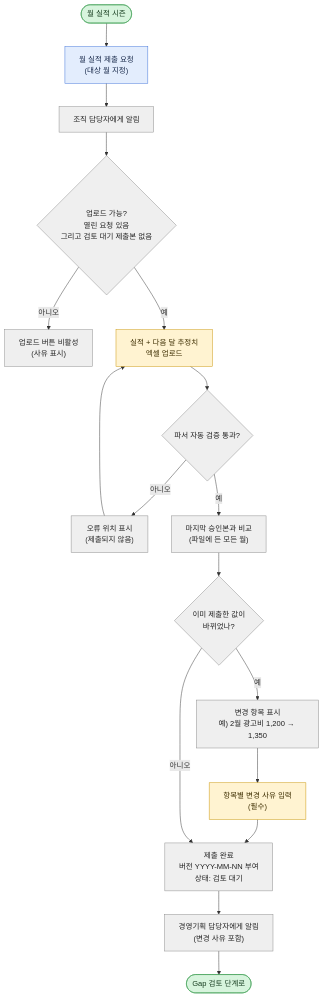
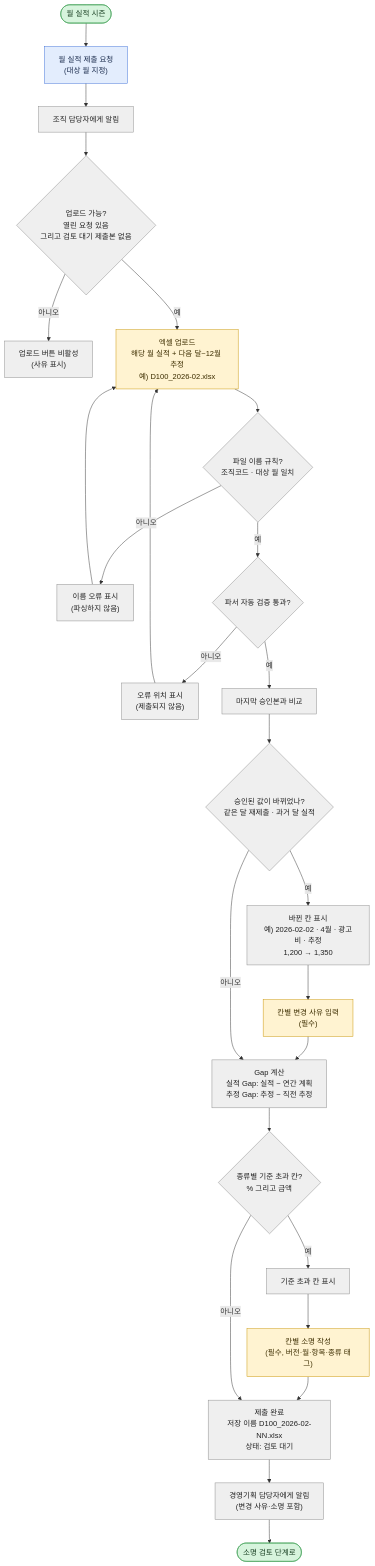
The third of 8 diagrams in docs/flow.md (shinharyeong/skala_final_project), drawn with Mermaid before and after one commit. The commit also changed other lines of this file and 1 other file, not shown here.

````diff
--- a/docs/flow.md
+++ b/docs/flow.md
@@ -66,36 +66,47 @@
 ```mermaid
 flowchart TD
     A(["월 실적 시즌"])
     B["월 실적 제출 요청<br/>(대상 월 지정)"]
     C["조직 담당자에게 알림"]
     D{"업로드 가능?<br/>열린 요청 있음<br/>그리고 검토 대기 제출본 없음"}
     D1["업로드 버튼 비활성<br/>(사유 표시)"]
-    E["실적 + 다음 달 추정치<br/>엑셀 업로드"]
+    E["엑셀 업로드<br/>해당 월 실적 + 다음 달~12월 추정<br/>예) D100_2026-02.xlsx"]
+    FN{"파일 이름 규칙?<br/>조직코드 · 대상 월 일치"}
+    FN1["이름 오류 표시<br/>(파싱하지 않음)"]
     F{"파서 자동 검증 통과?"}
     F1["오류 위치 표시<br/>(제출되지 않음)"]
-    G["마지막 승인본과 비교<br/>(파일에 든 모든 월)"]
-    H{"이미 제출한 값이<br/>바뀌었나?"}
-    I["변경 항목 표시<br/>예) 2월 광고비 1,200 → 1,350"]
-    J["항목별 변경 사유 입력<br/>(필수)"]
-    K["제출 완료<br/>버전 YYYY-MM-NN 부여<br/>상태: 검토 대기"]
-    L["경영기획 담당자에게 알림<br/>(변경 사유 포함)"]
-    M(["Gap 검토 단계로"])
+    G["마지막 승인본과 비교"]
+    H{"승인된 값이 바뀌었나?<br/>같은 달 재제출 · 과거 달 실적"}
+    I["바뀐 칸 표시<br/>예) 2026-02-02 · 4월 · 광고비 · 추정<br/>1,200 → 1,350"]
+    J["칸별 변경 사유 입력<br/>(필수)"]
+    GP["Gap 계산<br/>실적 Gap: 실적 − 연간 계획<br/>추정 Gap: 추정 − 직전 추정"]
+    X{"종류별 기준 초과 칸?<br/>% 그리고 금액"}
+    Y["기준 초과 칸 표시"]
+    Z["칸별 소명 작성<br/>(필수, 버전·월·항목·종류 태그)"]
+    K["제출 완료<br/>저장 이름 D100_2026-02-NN.xlsx<br/>상태: 검토 대기"]
+    L["경영기획 담당자에게 알림<br/>(변경 사유·소명 포함)"]
+    M(["소명 검토 단계로"])
 
     A --> B --> C --> D
     D -->|아니오| D1
-    D -->|예| E --> F
+    D -->|예| E --> FN
+    FN -->|아니오| FN1 --> E
+    FN -->|예| F
     F -->|아니오| F1 --> E
     F -->|예| G --> H
-    H -->|예| I --> J --> K
-    H -->|아니오| K
+    H -->|예| I --> J --> GP
+    H -->|아니오| GP
+    GP --> X
+    X -->|예| Y --> Z --> K
+    X -->|아니오| K
     K --> L --> M
 
     classDef planner fill:#E3EDFD,stroke:#3B6FD8,color:#1A2B4C
     classDef org fill:#FFF3D1,stroke:#C99400,color:#3D2E00
     classDef system fill:#EFEFEF,stroke:#8A8A8A,color:#222
     classDef terminal fill:#D7F4DD,stroke:#3E9E55,color:#173D20
     class B planner
-    class E,J org
-    class C,D,D1,F,F1,G,H,I,K,L system
+    class E,J,Z org
+    class C,D,D1,FN,FN1,F,F1,G,H,I,GP,X,Y,K,L system
     class A,M terminal
 ```
````
